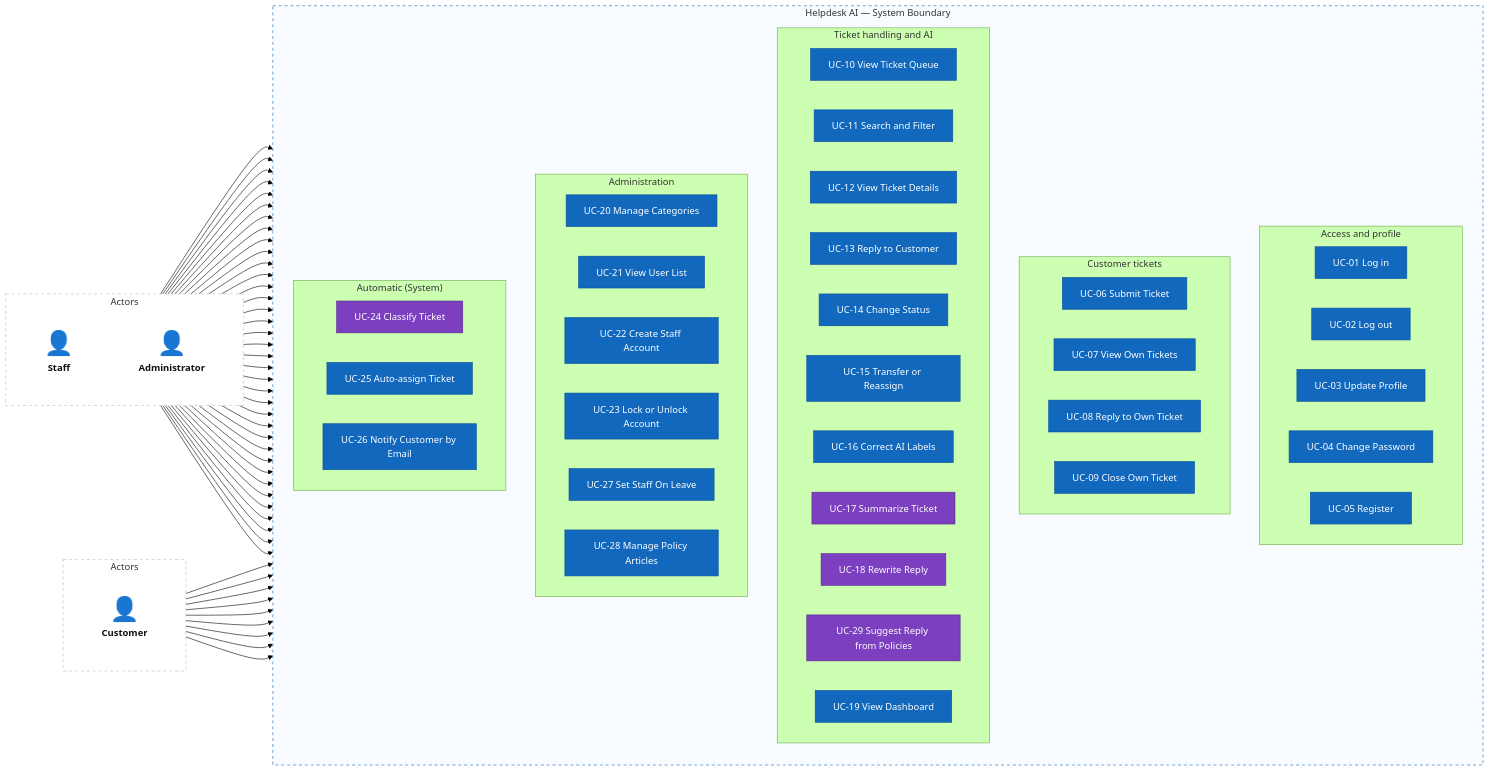
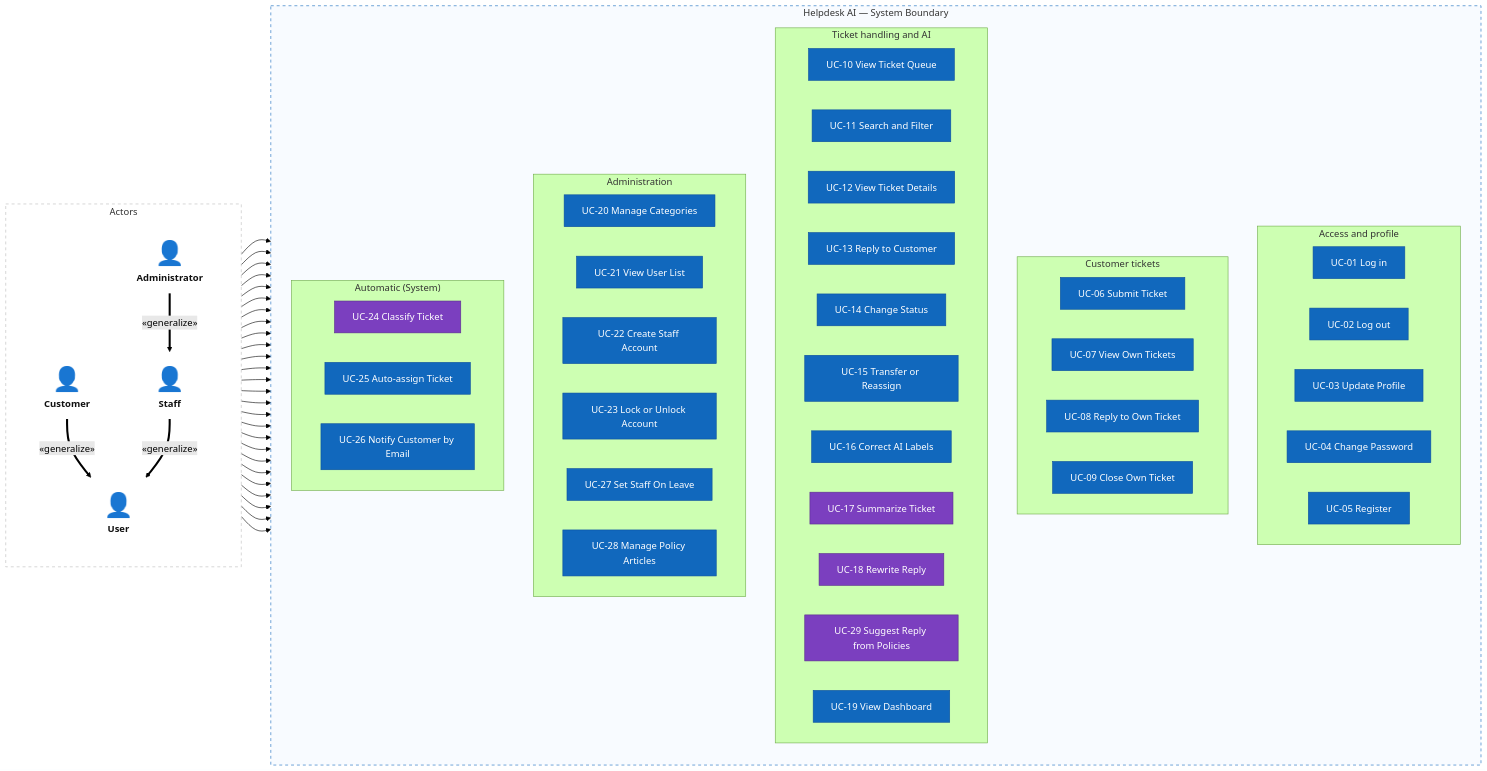
One commit to minhtuann1102/HelpdeskAI changed the first of 2 diagrams in docs/02-usecases-userstories/01-use-cases.md. Above: the diagram before and after it, drawn with Mermaid (forest theme). The commit also changed other lines of this file and 4 other files, not shown here.

First line of the commit message:
docs(step-2): use actor generalization in the use case diagrams (D-39)

````diff
--- a/docs/02-usecases-userstories/01-use-cases.md
+++ b/docs/02-usecases-userstories/01-use-cases.md
@@ -55,75 +56,76 @@
 ```mermaid
 flowchart LR
     subgraph left["Actors"]
         direction TB
+        user["<span style='font-size:40px'>👤</span><br/><b>User</b>"]
         customer["<span style='font-size:40px'>👤</span><br/><b>Customer</b>"]
+        staff["<span style='font-size:40px'>👤</span><br/><b>Staff</b>"]
+        admin["<span style='font-size:40px'>👤</span><br/><b>Administrator</b>"]
     end
 
     subgraph system["Helpdesk AI — System Boundary"]
         direction TB
         subgraph access["Access and profile"]
             direction LR
             uc01["UC-01 Log in"]
             uc02["UC-02 Log out"]
             uc03["UC-03 Update Profile"]
             uc04["UC-04 Change Password"]
             uc05["UC-05 Register"]
         end
         subgraph customerTickets["Customer tickets"]
             direction LR
             uc06["UC-06 Submit Ticket"]
             uc07["UC-07 View Own Tickets"]
             uc08["UC-08 Reply to Own Ticket"]
             uc09["UC-09 Close Own Ticket"]
         end
         subgraph handling["Ticket handling and AI"]
             direction LR
             uc10["UC-10 View Ticket Queue"]
             uc11["UC-11 Search and Filter"]
             uc12["UC-12 View Ticket Details"]
             uc13["UC-13 Reply to Customer"]
             uc14["UC-14 Change Status"]
             uc15["UC-15 Transfer or Reassign"]
             uc16["UC-16 Correct AI Labels"]
             uc17["UC-17 Summarize Ticket"]
             uc18["UC-18 Rewrite Reply"]
             uc29["UC-29 Suggest Reply from Policies"]
             uc19["UC-19 View Dashboard"]
         end
         subgraph administration["Administration"]
             direction LR
             uc20["UC-20 Manage Categories"]
             uc21["UC-21 View User List"]
             uc22["UC-22 Create Staff Account"]
             uc23["UC-23 Lock or Unlock Account"]
             uc27["UC-27 Set Staff On Leave"]
             uc28["UC-28 Manage Policy Articles"]
         end
         subgraph automatic["Automatic (System)"]
             direction LR
             uc24["UC-24 Classify Ticket"]
             uc25["UC-25 Auto-assign Ticket"]
             uc26["UC-26 Notify Customer by Email"]
         end
     end
 
-    subgraph right["Actors"]
-        direction TB
-        staff["<span style='font-size:40px'>👤</span><br/><b>Staff</b>"]
-        admin["<span style='font-size:40px'>👤</span><br/><b>Administrator</b>"]
-    end
+    customer ==>|"«generalize»"| user
+    staff ==>|"«generalize»"| user
+    admin ==>|"«generalize»"| staff
 
-    customer --> uc01 & uc02 & uc03 & uc04 & uc05 & uc06 & uc07 & uc08 & uc09
-    staff --> uc01 & uc02 & uc03 & uc04 & uc10 & uc11 & uc12 & uc13 & uc14 & uc15 & uc16 & uc17 & uc18 & uc29 & uc19
-    admin --> uc01 & uc02 & uc03 & uc04 & uc10 & uc11 & uc12 & uc13 & uc14 & uc15 & uc16 & uc17 & uc18 & uc19 & uc20 & uc21 & uc22 & uc23 & uc27 & uc28 & uc29
+    user --> uc01 & uc02 & uc03 & uc04
+    customer --> uc05 & uc06 & uc07 & uc08 & uc09
+    staff --> uc10 & uc11 & uc12 & uc13 & uc14 & uc15 & uc16 & uc17 & uc18 & uc29 & uc19
+    admin --> uc20 & uc21 & uc22 & uc23 & uc27 & uc28
 
     classDef actor fill:none,stroke:none,color:#111
     classDef usecase fill:#1168bd,color:#fff,stroke:#0b4f9e
     classDef ai fill:#7b3fbf,color:#fff,stroke:#5a2d8c
-    class customer,staff,admin actor
+    class user,customer,staff,admin actor
     class uc01,uc02,uc03,uc04,uc05,uc06,uc07,uc08,uc09,uc10,uc11,uc12,uc13,uc14,uc15,uc16,uc19,uc20,uc21,uc22,uc23,uc25,uc26,uc27,uc28 usecase
     class uc17,uc18,uc24,uc29 ai
     style left fill:#fff,stroke:#bbb,stroke-dasharray:5 5
-    style right fill:#fff,stroke:#bbb,stroke-dasharray:5 5
     style system fill:#f8fbff,stroke:#1168bd,stroke-dasharray:5 5
 ```
````
